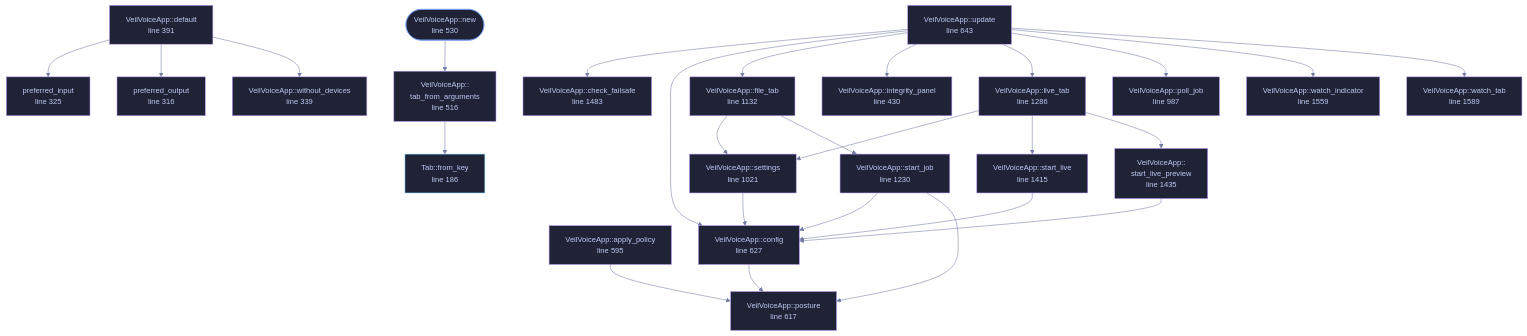
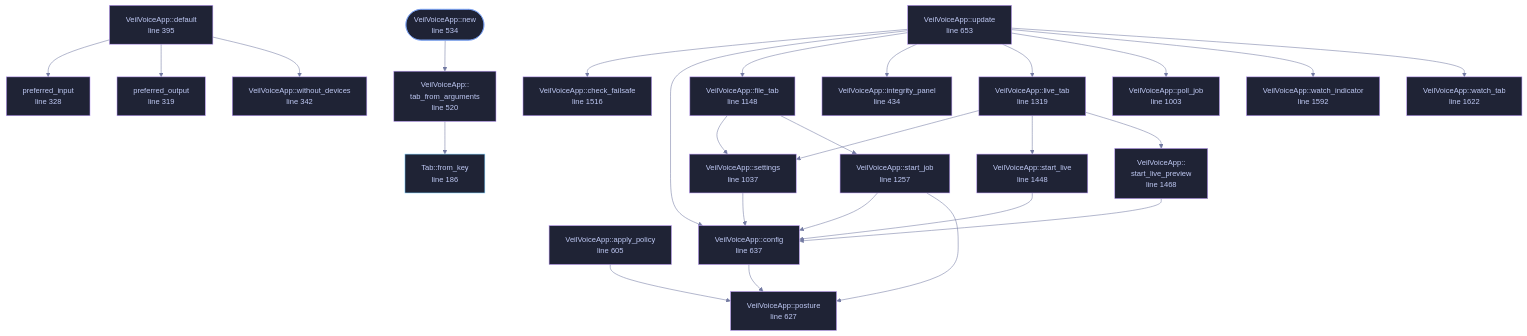
The diagram in wiki/File-veilvoice-gui-app.md (tilas01/veilvoice), drawn with Mermaid before and after one commit. The commit also changed other lines of this file and 48 other files, not shown here.

````diff
--- a/wiki/File-veilvoice-gui-app.md
+++ b/wiki/File-veilvoice-gui-app.md
@@ -165,79 +165,79 @@
 ```mermaid
 %%{init: {"theme":"base","themeVariables":{"background":"#1a1b26","primaryColor":"#1f2335","primaryTextColor":"#c0caf5","primaryBorderColor":"#7aa2f7","secondaryColor":"#16161e","tertiaryColor":"#16161e","lineColor":"#737aa2","textColor":"#c0caf5","mainBkg":"#1f2335","nodeBorder":"#7aa2f7","clusterBkg":"#16161e","clusterBorder":"#2f3549","fontFamily":"ui-monospace, SFMono-Regular, Consolas, monospace","fontSize":"14px"}}}%%
 flowchart TD
     n_from_key["Tab::from_key<br/>line 186"]
-    n_preferred_output["preferred_output<br/>line 316"]
-    n_preferred_input["preferred_input<br/>line 325"]
-    n_without_devices["VeilVoiceApp::without_devices<br/>line 339"]
-    n_default["VeilVoiceApp::default<br/>line 391"]
-    n_integrity_panel["VeilVoiceApp::integrity_panel<br/>line 430"]
-    n_tab_from_arguments["VeilVoiceApp::<br/>tab_from_arguments<br/>line 516"]
-    n_new(["VeilVoiceApp::new<br/>line 530"])
-    n_apply_policy["VeilVoiceApp::apply_policy<br/>line 595"]
-    n_posture["VeilVoiceApp::posture<br/>line 617"]
-    n_config["VeilVoiceApp::config<br/>line 627"]
-    n_update["VeilVoiceApp::update<br/>line 643"]
-    n_poll_job["VeilVoiceApp::poll_job<br/>line 987"]
-    n_settings["VeilVoiceApp::settings<br/>line 1021"]
-    n_file_tab["VeilVoiceApp::file_tab<br/>line 1132"]
-    n_start_job["VeilVoiceApp::start_job<br/>line 1230"]
-    n_live_tab["VeilVoiceApp::live_tab<br/>line 1286"]
-    n_start_live["VeilVoiceApp::start_live<br/>line 1415"]
-    n_start_live_preview["VeilVoiceApp::<br/>start_live_preview<br/>line 1435"]
-    n_check_failsafe["VeilVoiceApp::check_failsafe<br/>line 1483"]
-    n_watch_indicator["VeilVoiceApp::watch_indicator<br/>line 1559"]
-    n_watch_tab["VeilVoiceApp::watch_tab<br/>line 1589"]
+    n_preferred_output["preferred_output<br/>line 319"]
+    n_preferred_input["preferred_input<br/>line 328"]
+    n_without_devices["VeilVoiceApp::without_devices<br/>line 342"]
+    n_default["VeilVoiceApp::default<br/>line 395"]
+    n_integrity_panel["VeilVoiceApp::integrity_panel<br/>line 434"]
+    n_tab_from_arguments["VeilVoiceApp::<br/>tab_from_arguments<br/>line 520"]
+    n_new(["VeilVoiceApp::new<br/>line 534"])
+    n_apply_policy["VeilVoiceApp::apply_policy<br/>line 605"]
+    n_posture["VeilVoiceApp::posture<br/>line 627"]
+    n_config["VeilVoiceApp::config<br/>line 637"]
+    n_update["VeilVoiceApp::update<br/>line 653"]
+    n_poll_job["VeilVoiceApp::poll_job<br/>line 1003"]
+    n_settings["VeilVoiceApp::settings<br/>line 1037"]
+    n_file_tab["VeilVoiceApp::file_tab<br/>line 1148"]
+    n_start_job["VeilVoiceApp::start_job<br/>line 1257"]
+    n_live_tab["VeilVoiceApp::live_tab<br/>line 1319"]
+    n_start_live["VeilVoiceApp::start_live<br/>line 1448"]
+    n_start_live_preview["VeilVoiceApp::<br/>start_live_preview<br/>line 1468"]
+    n_check_failsafe["VeilVoiceApp::check_failsafe<br/>line 1516"]
+    n_watch_indicator["VeilVoiceApp::watch_indicator<br/>line 1592"]
+    n_watch_tab["VeilVoiceApp::watch_tab<br/>line 1622"]
     n_apply_policy --> n_posture
     n_config --> n_posture
     n_default --> n_preferred_input
     n_default --> n_preferred_output
     n_default --> n_without_devices
     n_file_tab --> n_settings
     n_file_tab --> n_start_job
     n_live_tab --> n_settings
     n_live_tab --> n_start_live
     n_live_tab --> n_start_live_preview
     n_new --> n_tab_from_arguments
     n_settings --> n_config
     n_start_job --> n_config
     n_start_job --> n_posture
     n_start_live --> n_config
     n_start_live_preview --> n_config
     n_tab_from_arguments --> n_from_key
     n_update --> n_check_failsafe
     n_update --> n_config
     n_update --> n_file_tab
     n_update --> n_integrity_panel
     n_update --> n_live_tab
     n_update --> n_poll_job
     n_update --> n_watch_indicator
     n_update --> n_watch_tab
     click n_from_key href "https://github.com/tilas01/veilvoice/blob/main/crates/veilvoice-gui/src/app.rs#L186" "open the source"
-    click n_preferred_output href "https://github.com/tilas01/veilvoice/blob/main/crates/veilvoice-gui/src/app.rs#L316" "open the source"
-    click n_preferred_input href "https://github.com/tilas01/veilvoice/blob/main/crates/veilvoice-gui/src/app.rs#L325" "open the source"
-    click n_without_devices href "https://github.com/tilas01/veilvoice/blob/main/crates/veilvoice-gui/src/app.rs#L339" "open the source"
-    click n_default href "https://github.com/tilas01/veilvoice/blob/main/crates/veilvoice-gui/src/app.rs#L391" "open the source"
-    click n_integrity_panel href "https://github.com/tilas01/veilvoice/blob/main/crates/veilvoice-gui/src/app.rs#L430" "open the source"
-    click n_tab_from_arguments href "https://github.com/tilas01/veilvoice/blob/main/crates/veilvoice-gui/src/app.rs#L516" "open the source"
-    click n_new href "https://github.com/tilas01/veilvoice/blob/main/crates/veilvoice-gui/src/app.rs#L530" "open the source"
-    click n_apply_policy href "https://github.com/tilas01/veilvoice/blob/main/crates/veilvoice-gui/src/app.rs#L595" "open the source"
-    click n_posture href "https://github.com/tilas01/veilvoice/blob/main/crates/veilvoice-gui/src/app.rs#L617" "open the source"
-    click n_config href "https://github.com/tilas01/veilvoice/blob/main/crates/veilvoice-gui/src/app.rs#L627" "open the source"
-    click n_update href "https://github.com/tilas01/veilvoice/blob/main/crates/veilvoice-gui/src/app.rs#L643" "open the source"
-    click n_poll_job href "https://github.com/tilas01/veilvoice/blob/main/crates/veilvoice-gui/src/app.rs#L987" "open the source"
-    click n_settings href "https://github.com/tilas01/veilvoice/blob/main/crates/veilvoice-gui/src/app.rs#L1021" "open the source"
-    click n_file_tab href "https://github.com/tilas01/veilvoice/blob/main/crates/veilvoice-gui/src/app.rs#L1132" "open the source"
-    click n_start_job href "https://github.com/tilas01/veilvoice/blob/main/crates/veilvoice-gui/src/app.rs#L1230" "open the source"
-    click n_live_tab href "https://github.com/tilas01/veilvoice/blob/main/crates/veilvoice-gui/src/app.rs#L1286" "open the source"
-    click n_start_live href "https://github.com/tilas01/veilvoice/blob/main/crates/veilvoice-gui/src/app.rs#L1415" "open the source"
-    click n_start_live_preview href "https://github.com/tilas01/veilvoice/blob/main/crates/veilvoice-gui/src/app.rs#L1435" "open the source"
-    click n_check_failsafe href "https://github.com/tilas01/veilvoice/blob/main/crates/veilvoice-gui/src/app.rs#L1483" "open the source"
-    click n_watch_indicator href "https://github.com/tilas01/veilvoice/blob/main/crates/veilvoice-gui/src/app.rs#L1559" "open the source"
-    click n_watch_tab href "https://github.com/tilas01/veilvoice/blob/main/crates/veilvoice-gui/src/app.rs#L1589" "open the source"
+    click n_preferred_output href "https://github.com/tilas01/veilvoice/blob/main/crates/veilvoice-gui/src/app.rs#L319" "open the source"
+    click n_preferred_input href "https://github.com/tilas01/veilvoice/blob/main/crates/veilvoice-gui/src/app.rs#L328" "open the source"
+    click n_without_devices href "https://github.com/tilas01/veilvoice/blob/main/crates/veilvoice-gui/src/app.rs#L342" "open the source"
+    click n_default href "https://github.com/tilas01/veilvoice/blob/main/crates/veilvoice-gui/src/app.rs#L395" "open the source"
+    click n_integrity_panel href "https://github.com/tilas01/veilvoice/blob/main/crates/veilvoice-gui/src/app.rs#L434" "open the source"
+    click n_tab_from_arguments href "https://github.com/tilas01/veilvoice/blob/main/crates/veilvoice-gui/src/app.rs#L520" "open the source"
+    click n_new href "https://github.com/tilas01/veilvoice/blob/main/crates/veilvoice-gui/src/app.rs#L534" "open the source"
+    click n_apply_policy href "https://github.com/tilas01/veilvoice/blob/main/crates/veilvoice-gui/src/app.rs#L605" "open the source"
+    click n_posture href "https://github.com/tilas01/veilvoice/blob/main/crates/veilvoice-gui/src/app.rs#L627" "open the source"
+    click n_config href "https://github.com/tilas01/veilvoice/blob/main/crates/veilvoice-gui/src/app.rs#L637" "open the source"
+    click n_update href "https://github.com/tilas01/veilvoice/blob/main/crates/veilvoice-gui/src/app.rs#L653" "open the source"
+    click n_poll_job href "https://github.com/tilas01/veilvoice/blob/main/crates/veilvoice-gui/src/app.rs#L1003" "open the source"
+    click n_settings href "https://github.com/tilas01/veilvoice/blob/main/crates/veilvoice-gui/src/app.rs#L1037" "open the source"
+    click n_file_tab href "https://github.com/tilas01/veilvoice/blob/main/crates/veilvoice-gui/src/app.rs#L1148" "open the source"
+    click n_start_job href "https://github.com/tilas01/veilvoice/blob/main/crates/veilvoice-gui/src/app.rs#L1257" "open the source"
+    click n_live_tab href "https://github.com/tilas01/veilvoice/blob/main/crates/veilvoice-gui/src/app.rs#L1319" "open the source"
+    click n_start_live href "https://github.com/tilas01/veilvoice/blob/main/crates/veilvoice-gui/src/app.rs#L1448" "open the source"
+    click n_start_live_preview href "https://github.com/tilas01/veilvoice/blob/main/crates/veilvoice-gui/src/app.rs#L1468" "open the source"
+    click n_check_failsafe href "https://github.com/tilas01/veilvoice/blob/main/crates/veilvoice-gui/src/app.rs#L1516" "open the source"
+    click n_watch_indicator href "https://github.com/tilas01/veilvoice/blob/main/crates/veilvoice-gui/src/app.rs#L1592" "open the source"
+    click n_watch_tab href "https://github.com/tilas01/veilvoice/blob/main/crates/veilvoice-gui/src/app.rs#L1622" "open the source"
     classDef entry fill:#1f2335,stroke:#7aa2f7,color:#c0caf5
     class n_new entry
     classDef api fill:#1f2335,stroke:#7dcfff,color:#c0caf5
     class n_from_key api
     classDef helper fill:#1f2335,stroke:#bb9af7,color:#c0caf5
     class n_preferred_output,n_preferred_input,n_without_devices,n_default,n_integrity_panel,n_tab_from_arguments,n_apply_policy,n_posture,n_config,n_update,n_poll_job,n_settings,n_file_tab,n_start_job,n_live_tab,n_start_live,n_start_live_preview,n_check_failsafe,n_watch_indicator,n_watch_tab helper
 ```
````
